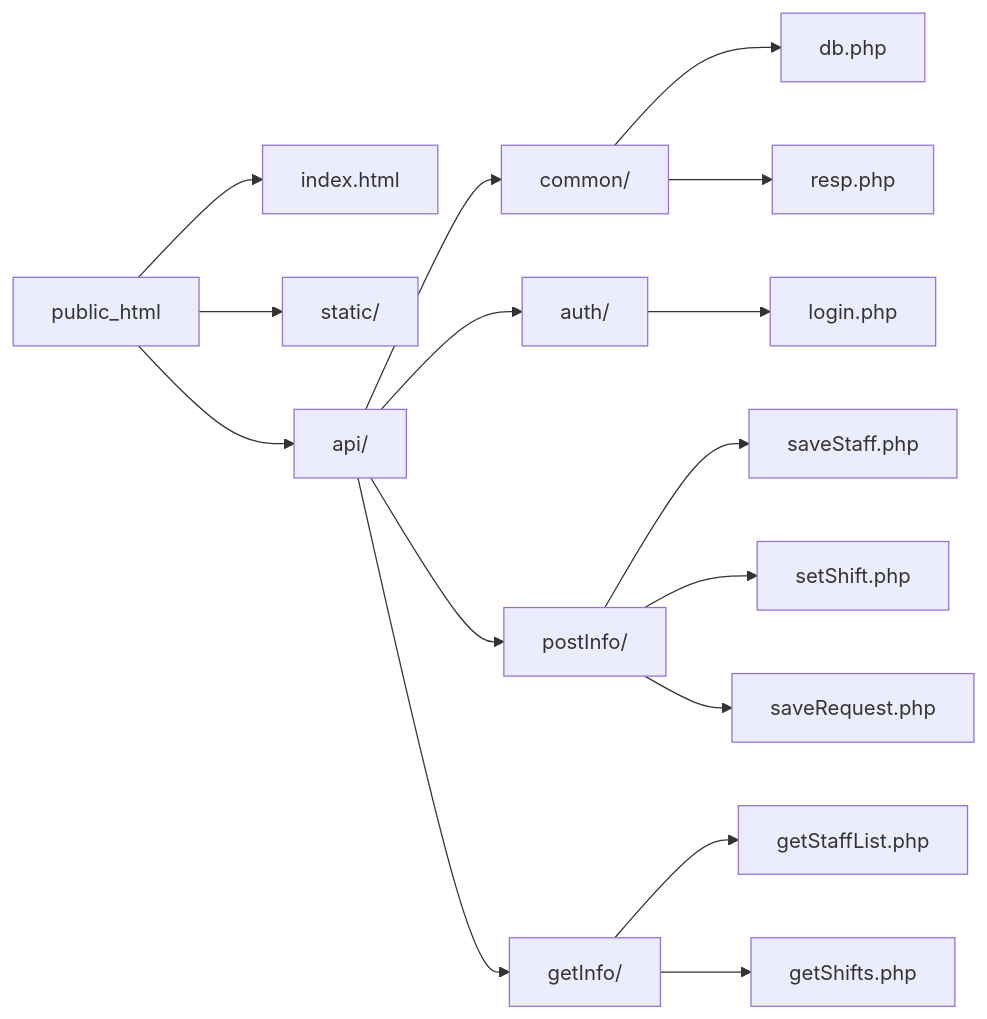
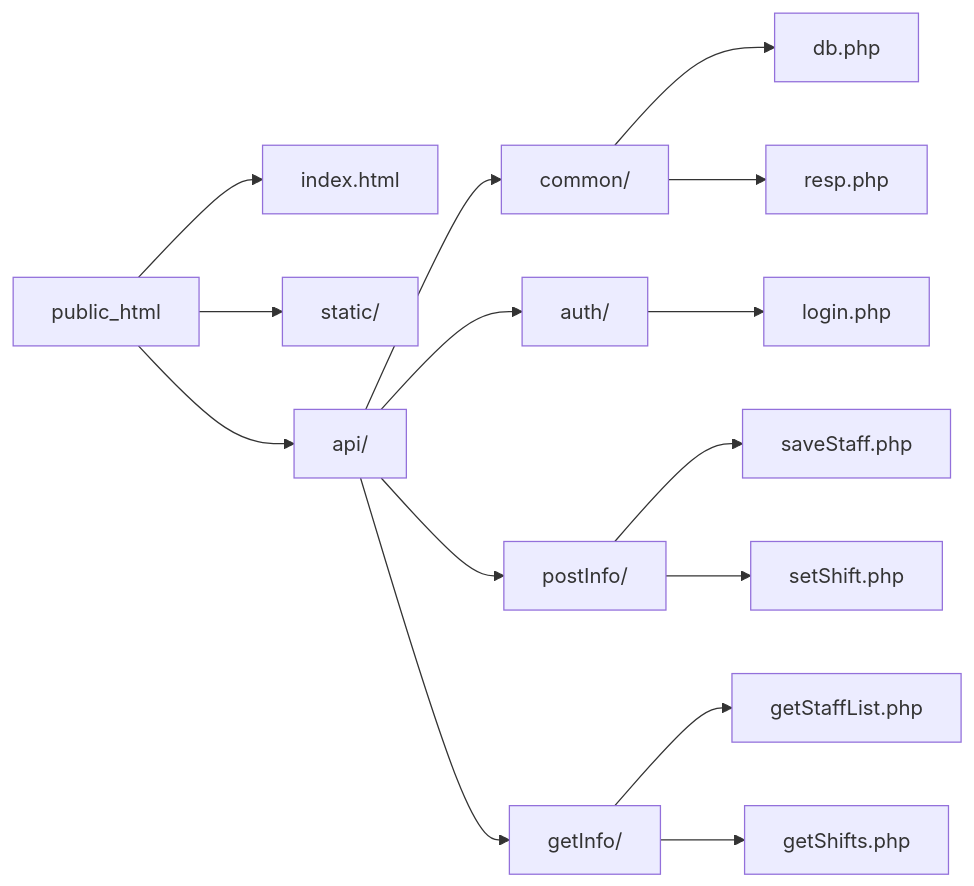
The diagram in 統合要件書.md (syouchan234/STFATool), drawn with Mermaid before and after one commit. The commit also changed other lines of this file and 24 other files, not shown here.

````diff
--- a/統合要件書.md
+++ b/統合要件書.md
@@ -155,19 +128,18 @@
 ```mermaid
 graph LR
   A[public_html]
   A --> B[index.html]
   A --> C[static/]
   A --> D[api/]
   D --> E[common/]
   E --> E1[db.php]
   E --> E2[resp.php]
   D --> F[auth/]
   F --> F1[login.php]
   D --> G[postInfo/]
   G --> G1[saveStaff.php]
   G --> G2[setShift.php]
-  G --> G3[saveRequest.php]
   D --> H[getInfo/]
   H --> H1[getStaffList.php]
   H --> H2[getShifts.php]
 ```
````
